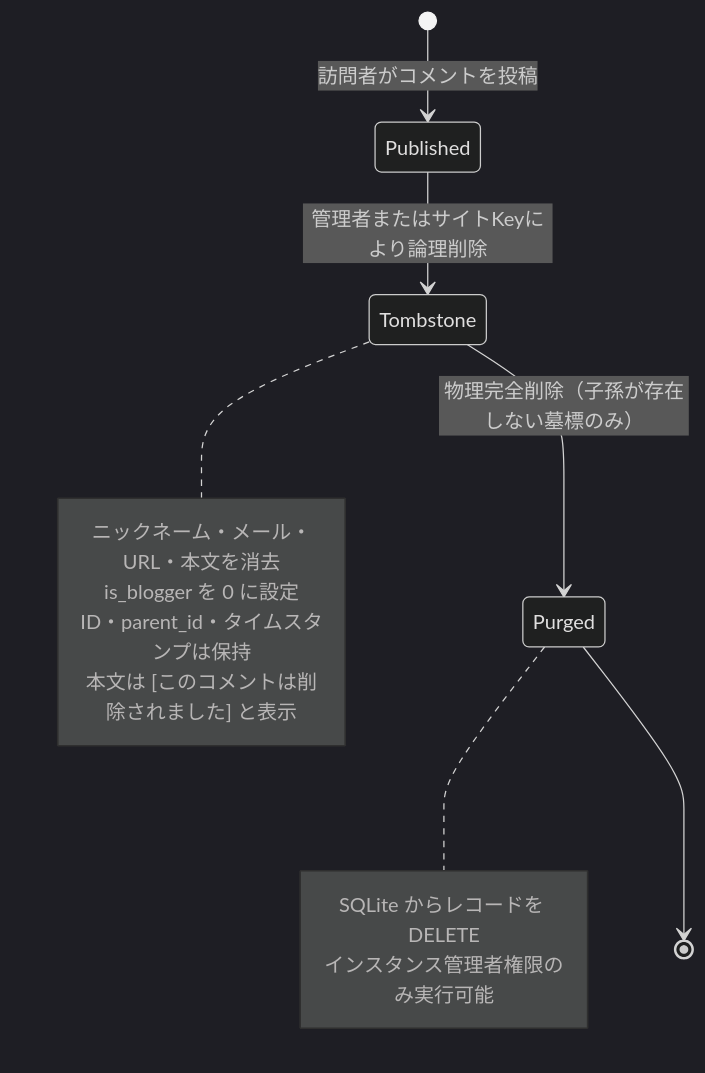
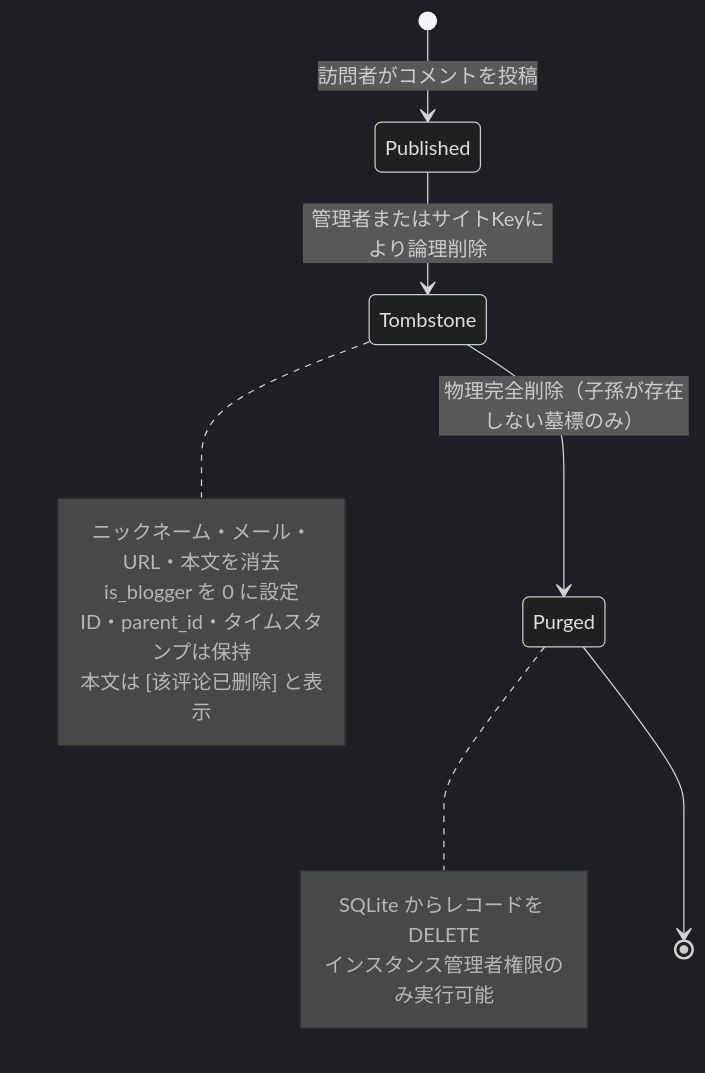
One commit to DejavuMoe/Ecoku changed the second of 4 diagrams in docs/ja/guide/concepts.md. Above: the diagram before and after it, drawn with Mermaid (dark theme). The commit also changed other lines of this file and 66 other files, not shown here.

````diff
--- a/docs/ja/guide/concepts.md
+++ b/docs/ja/guide/concepts.md
@@ -45,17 +45,17 @@
 ```mermaid
 stateDiagram-v2
     [*] --> Published: 訪問者がコメントを投稿
     Published --> Tombstone: 管理者またはサイトKeyにより論理削除
     note right of Tombstone
       ニックネーム・メール・URL・本文を消去
       is_blogger を 0 に設定
       ID・parent_id・タイムスタンプは保持
-      本文は [このコメントは削除されました] と表示
+      本文は [该评论已删除] と表示
     end note
     Tombstone --> Purged: 物理完全削除（子孫が存在しない墓標のみ）
     note right of Purged
       SQLite からレコードを DELETE
       インスタンス管理者権限のみ実行可能
     end note
     Purged --> [*]
 ```
````
